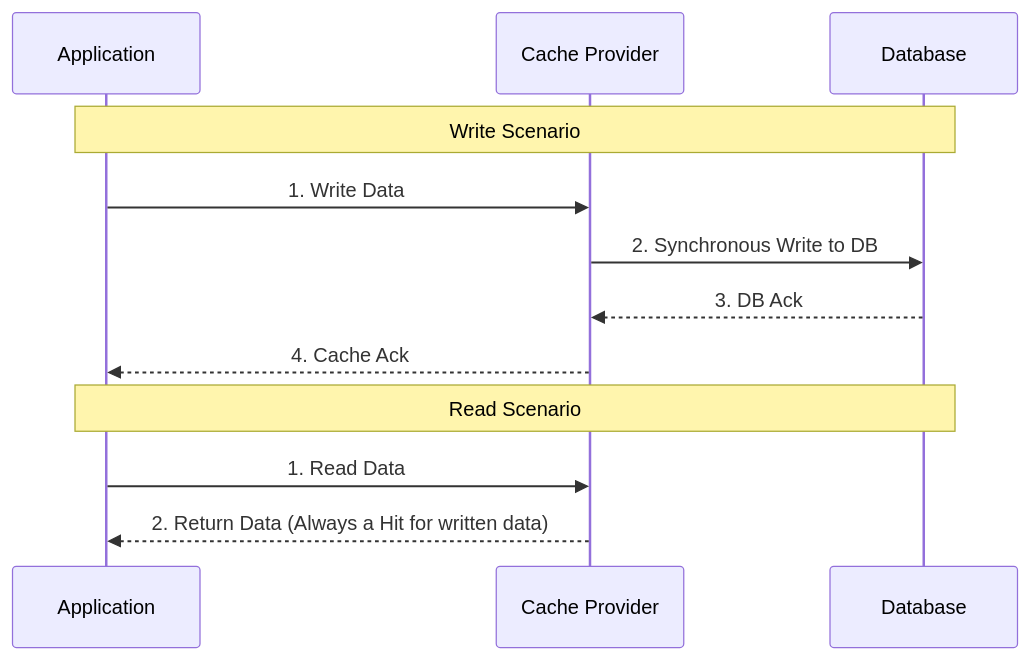
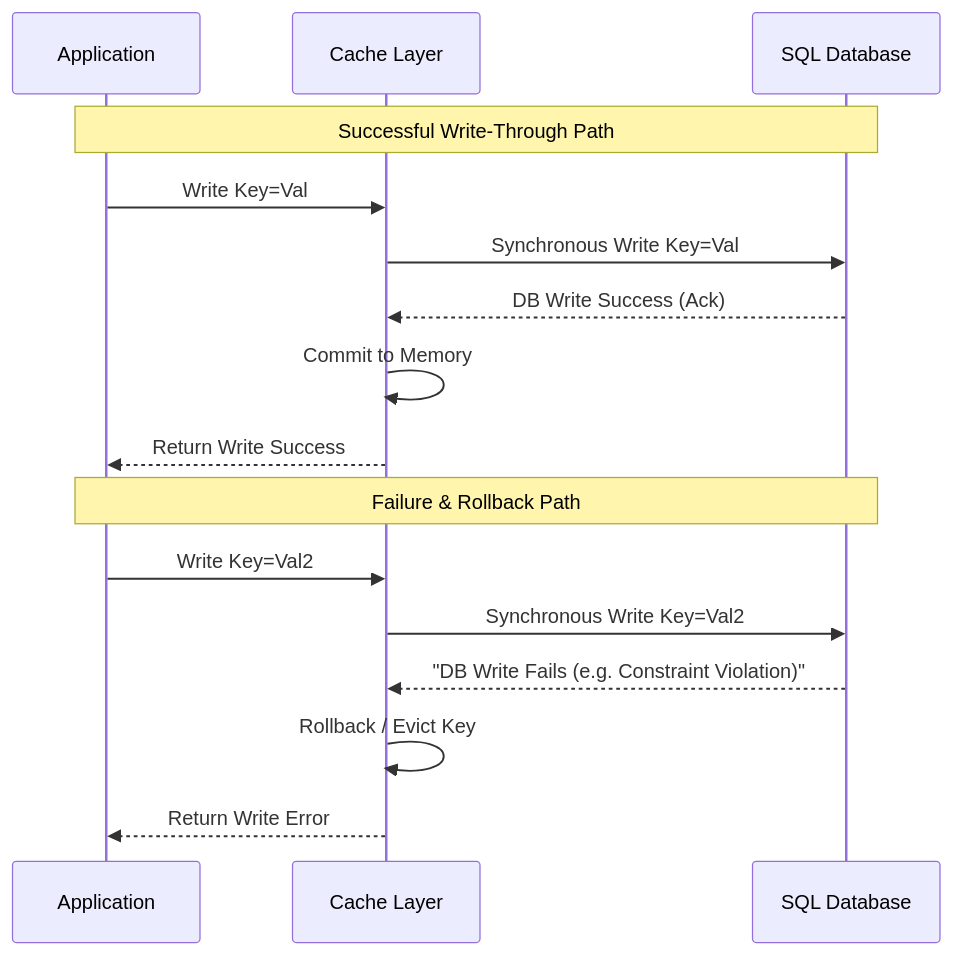
One commit to akshay-k-r/Interview-Prep-Resource changed the diagram in src/pages/02-hld/caching/write-through/index.mdx. Above: the diagram before and after it, drawn with Mermaid. The commit also changed other lines of this file and 179 other files, not shown here.

````diff
--- a/src/pages/02-hld/caching/write-through/index.mdx
+++ b/src/pages/02-hld/caching/write-through/index.mdx
@@ -27,16 +53,20 @@
 ```mermaid
 sequenceDiagram
     participant App as Application
-    participant Cache as Cache Provider
-    participant DB as Database
+    participant Cache as Cache Layer
+    participant DB as SQL Database
 
-    Note over App, DB: Write Scenario
-    App->>Cache: 1. Write Data
-    Cache->>DB: 2. Synchronous Write to DB
-    DB-->>Cache: 3. DB Ack
-    Cache-->>App: 4. Cache Ack
+    Note over App,DB: Successful Write-Through Path
+    App->>Cache: Write Key=Val
+    Cache->>DB: Synchronous Write Key=Val
+    DB-->>Cache: DB Write Success (Ack)
+    Cache->>Cache: Commit to Memory
+    Cache-->>App: Return Write Success
 
-    Note over App, DB: Read Scenario
-    App->>Cache: 1. Read Data
-    Cache-->>App: 2. Return Data (Always a Hit for written data)
+    Note over App,DB: Failure & Rollback Path
+    App->>Cache: Write Key=Val2
+    Cache->>DB: Synchronous Write Key=Val2
+    DB-->>Cache: "DB Write Fails (e.g. Constraint Violation)"
+    Cache->>Cache: Rollback / Evict Key
+    Cache-->>App: Return Write Error
 ```
````
